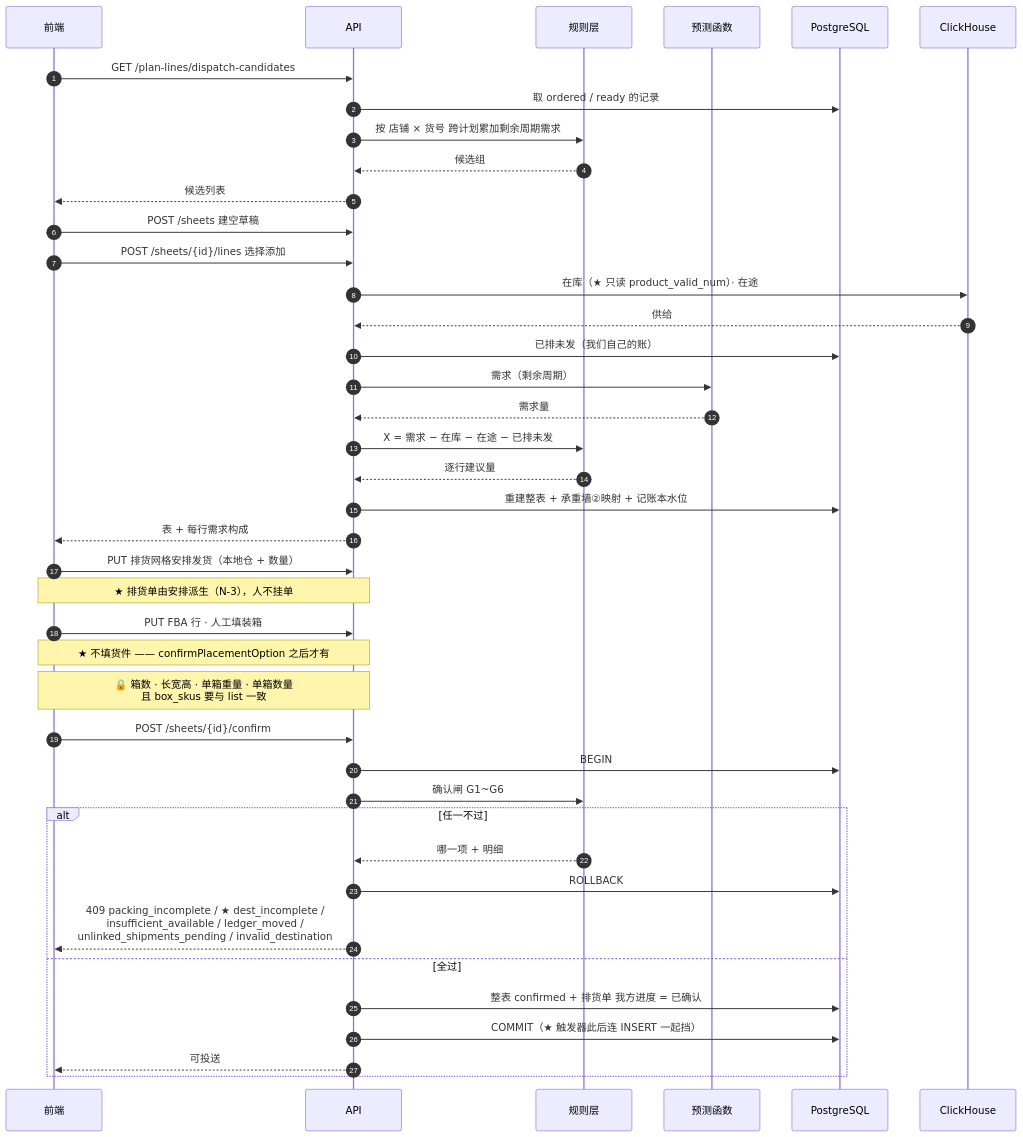
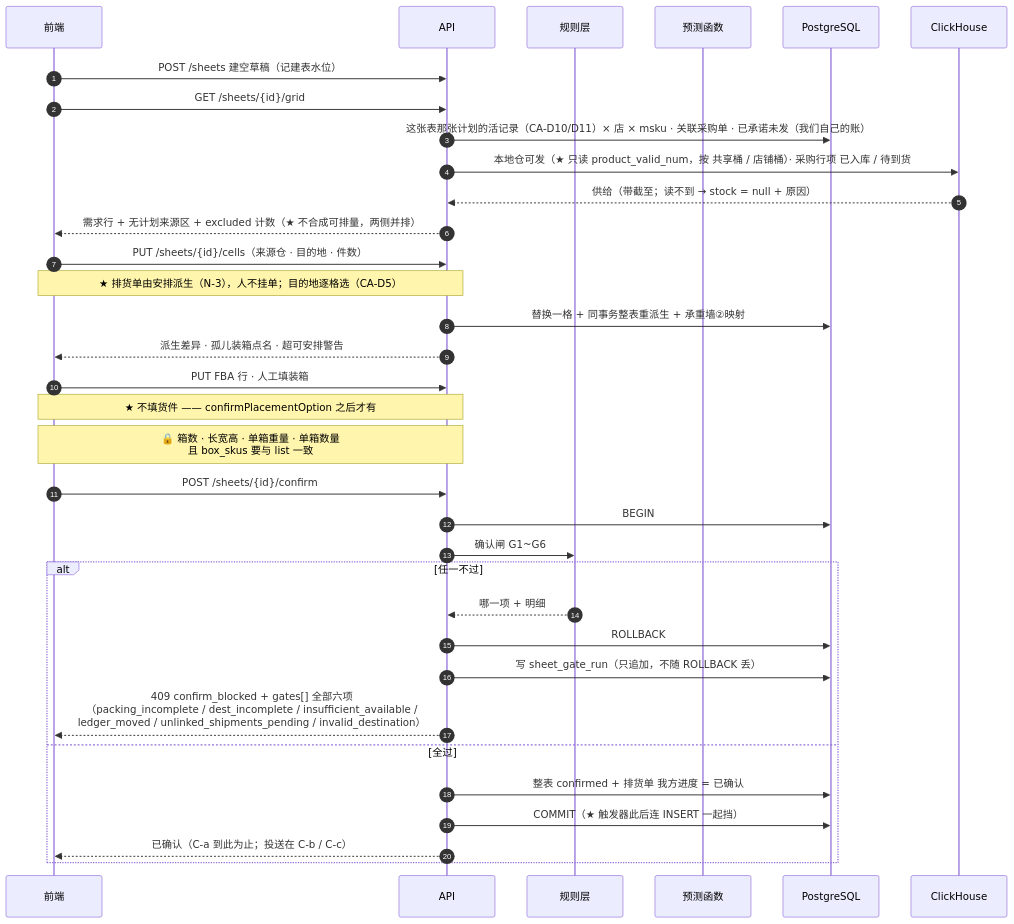
Before and after one commit to DuoWeiTree/service_supplychain: the third of 7 diagrams in docs/07-核心业务模块时序.md, drawn with Mermaid. The commit also changed 223 other files, not shown here.

````diff
--- a/docs/07-核心业务模块时序.md
+++ b/docs/07-核心业务模块时序.md
@@ -212,47 +212,39 @@
 ```mermaid
 sequenceDiagram
     autonumber
     participant UI as 前端
     participant API as API
     participant RULE as 规则层
     participant FCST as 预测函数
     participant PG as PostgreSQL
     participant CH as ClickHouse
 
-    UI->>API: GET /plan-lines/dispatch-candidates
-    API->>PG: 取 ordered / ready 的记录
-    API->>RULE: 按 店铺 × 货号 跨计划累加剩余周期需求
-    RULE-->>API: 候选组
-    API-->>UI: 候选列表
+    UI->>API: POST /sheets 建空草稿（记建表水位）
+    UI->>API: GET /sheets/{id}/grid
+    API->>PG: 这张表那张计划的活记录（CA-D10/D11）× 店 × msku · 关联采购单 · 已承诺未发（我们自己的账）
+    API->>CH: 本地仓可发（★ 只读 product_valid_num，按 共享桶 / 店铺桶）· 采购行项 已入库 / 待到货
+    CH-->>API: 供给（带截至；读不到 → stock = null + 原因）
+    API-->>UI: 需求行 + 无计划来源区 + excluded 计数（★ 不合成可排量，两侧并排）
 
-    UI->>API: POST /sheets 建空草稿
-    UI->>API: POST /sheets/{id}/lines 选择添加
-    API->>CH: 在库（★ 只读 product_valid_num）· 在途
-    CH-->>API: 供给
-    API->>PG: 已排未发（我们自己的账）
-    API->>FCST: 需求（剩余周期）
-    FCST-->>API: 需求量
-    API->>RULE: X = 需求 − 在库 − 在途 − 已排未发
-    RULE-->>API: 逐行建议量
-    API->>PG: 重建整表 + 承重墙②映射 + 记账本水位
-    API-->>UI: 表 + 每行需求构成
-
-    UI->>API: PUT 排货网格安排发货（本地仓 + 数量）
-    Note over UI,API: ★ 排货单由安排派生（N-3），人不挂单
+    UI->>API: PUT /sheets/{id}/cells（来源仓 · 目的地 · 件数）
+    Note over UI,API: ★ 排货单由安排派生（N-3），人不挂单；目的地逐格选（CA-D5）
+    API->>PG: 替换一格 + 同事务整表重派生 + 承重墙②映射
+    API-->>UI: 派生差异 · 孤儿装箱点名 · 超可安排警告
     UI->>API: PUT FBA 行 · 人工填装箱
     Note over UI,API: ★ 不填货件 —— confirmPlacementOption 之后才有
     Note over UI,API: 🔒 箱数 · 长宽高 · 单箱重量 · 单箱数量<br/>且 box_skus 要与 list 一致
 
     UI->>API: POST /sheets/{id}/confirm
     API->>PG: BEGIN
     API->>RULE: 确认闸 G1~G6
     alt 任一不过
         RULE-->>API: 哪一项 + 明细
         API->>PG: ROLLBACK
-        API-->>UI: 409 packing_incomplete / ★ dest_incomplete /<br/>insufficient_available / ledger_moved /<br/>unlinked_shipments_pending / invalid_destination
+        API->>PG: 写 sheet_gate_run（只追加，不随 ROLLBACK 丢）
+        API-->>UI: 409 confirm_blocked + gates[] 全部六项<br/>（packing_incomplete / dest_incomplete / insufficient_available /<br/>ledger_moved / unlinked_shipments_pending / invalid_destination）
     else 全过
         API->>PG: 整表 confirmed + 排货单 我方进度 = 已确认
         API->>PG: COMMIT（★ 触发器此后连 INSERT 一起挡）
-        API-->>UI: 可投送
+        API-->>UI: 已确认（C-a 到此为止；投送在 C-b / C-c）
     end
 ```
````
